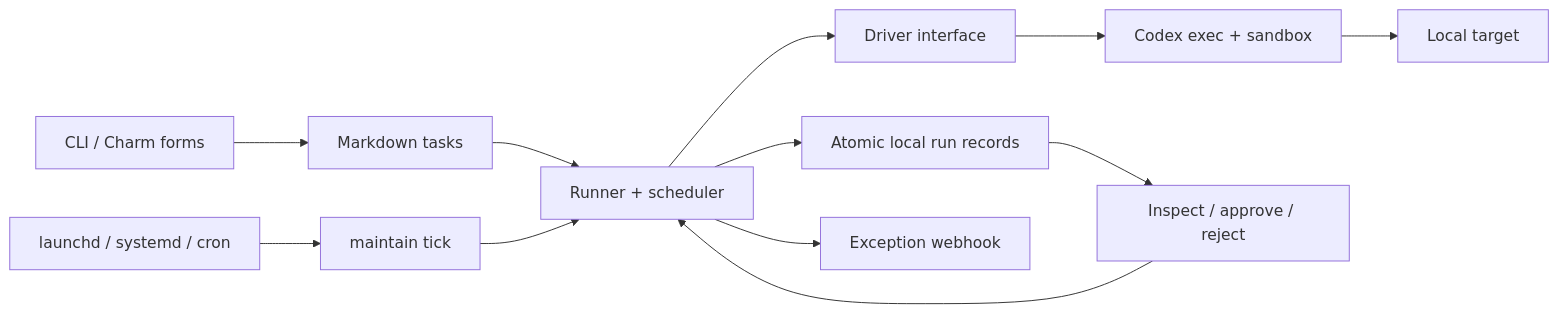
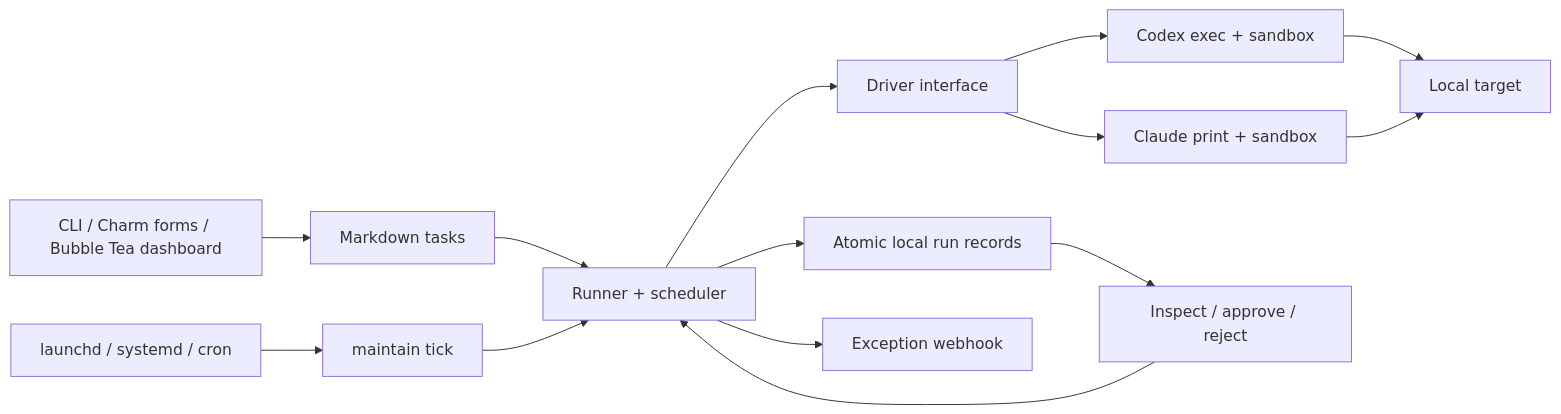
Before and after one commit to lmuehleisen/maintainer: the diagram in docs/architecture.md, drawn with Mermaid. The commit also changed other lines of this file and 11 other files, not shown here.

Commit message:
Add Bubble Tea dashboard and isolated Claude Code driver

````diff
--- a/docs/architecture.md
+++ b/docs/architecture.md
@@ -6,14 +6,16 @@
 ```mermaid
 flowchart LR
-    CLI[CLI / Charm forms] --> Tasks[Markdown tasks]
+    CLI[CLI / Charm forms / Bubble Tea dashboard] --> Tasks[Markdown tasks]
     OS[launchd / systemd / cron] --> Tick[maintain tick]
     Tasks --> Runner[Runner + scheduler]
     Tick --> Runner
     Runner --> History[Atomic local run records]
     Runner --> Adapter[Driver interface]
     Adapter --> Codex[Codex exec + sandbox]
+    Adapter --> Claude[Claude print + sandbox]
     Codex --> Target[Local target]
+    Claude --> Target
     History --> Review[Inspect / approve / reject]
     Review --> Runner
     Runner --> Notify[Exception webhook]
 ```
````
